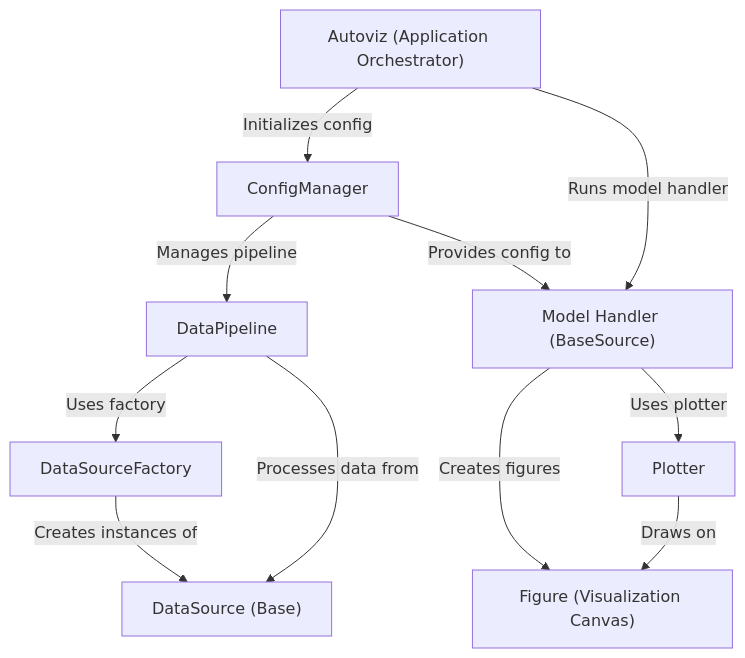
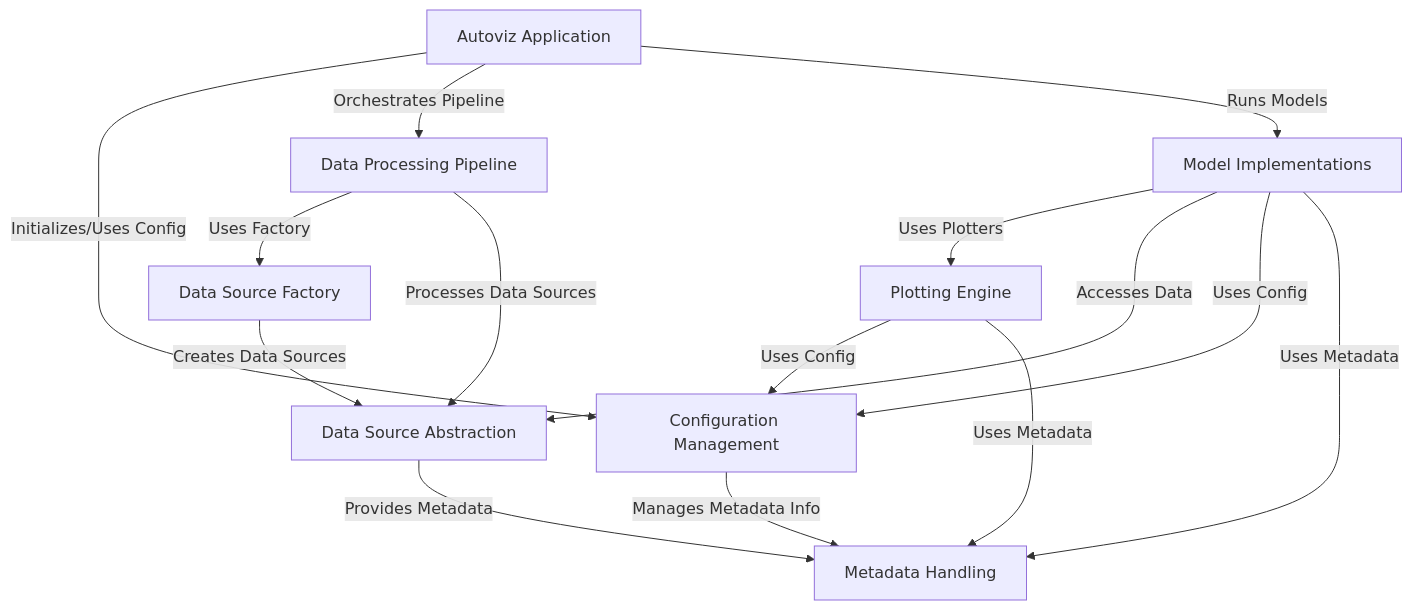
The diagram in docs/tutorial/index.md (cacruz/eviz-dev), drawn with Mermaid before and after one commit. The commit also changed other lines of this file and 16 other files, not shown here.

````diff
--- a/docs/tutorial/index.md
+++ b/docs/tutorial/index.md
@@ -12,29 +13,33 @@
 ```{mermaid}
 flowchart TD
-    A0["Autoviz (Application Orchestrator)
+    A0["Autoviz Application
 "]
-    A1["ConfigManager
+    A1["Configuration Management
 "]
-    A2["DataPipeline
+    A2["Data Processing Pipeline
 "]
-    A3["DataSource (Base)
+    A3["Data Source Abstraction
 "]
-    A4["DataSourceFactory
+    A4["Model Implementations
 "]
-    A5["Model Handler (BaseSource)
+    A5["Plotting Engine
 "]
-    A6["Figure (Visualization Canvas)
+    A6["Data Source Factory
 "]
-    A7["Plotter
+    A7["Metadata Handling
 "]
-    A0 -- "Initializes config" --> A1
-    A0 -- "Runs model handler" --> A5
-    A1 -- "Manages pipeline" --> A2
-    A1 -- "Provides config to" --> A5
-    A2 -- "Uses factory" --> A4
-    A2 -- "Processes data from" --> A3
-    A4 -- "Creates instances of" --> A3
-    A5 -- "Creates figures" --> A6
-    A5 -- "Uses plotter" --> A7
-    A7 -- "Draws on" --> A6
+    A0 -- "Initializes/Uses Config" --> A1
+    A0 -- "Orchestrates Pipeline" --> A2
+    A0 -- "Runs Models" --> A4
+    A1 -- "Manages Metadata Info" --> A7
+    A2 -- "Uses Factory" --> A6
+    A2 -- "Processes Data Sources" --> A3
+    A3 -- "Provides Metadata" --> A7
+    A4 -- "Uses Plotters" --> A5
+    A4 -- "Accesses Data" --> A3
+    A4 -- "Uses Config" --> A1
+    A4 -- "Uses Metadata" --> A7
+    A5 -- "Uses Config" --> A1
+    A5 -- "Uses Metadata" --> A7
+    A6 -- "Creates Data Sources" --> A3
 ```
````
